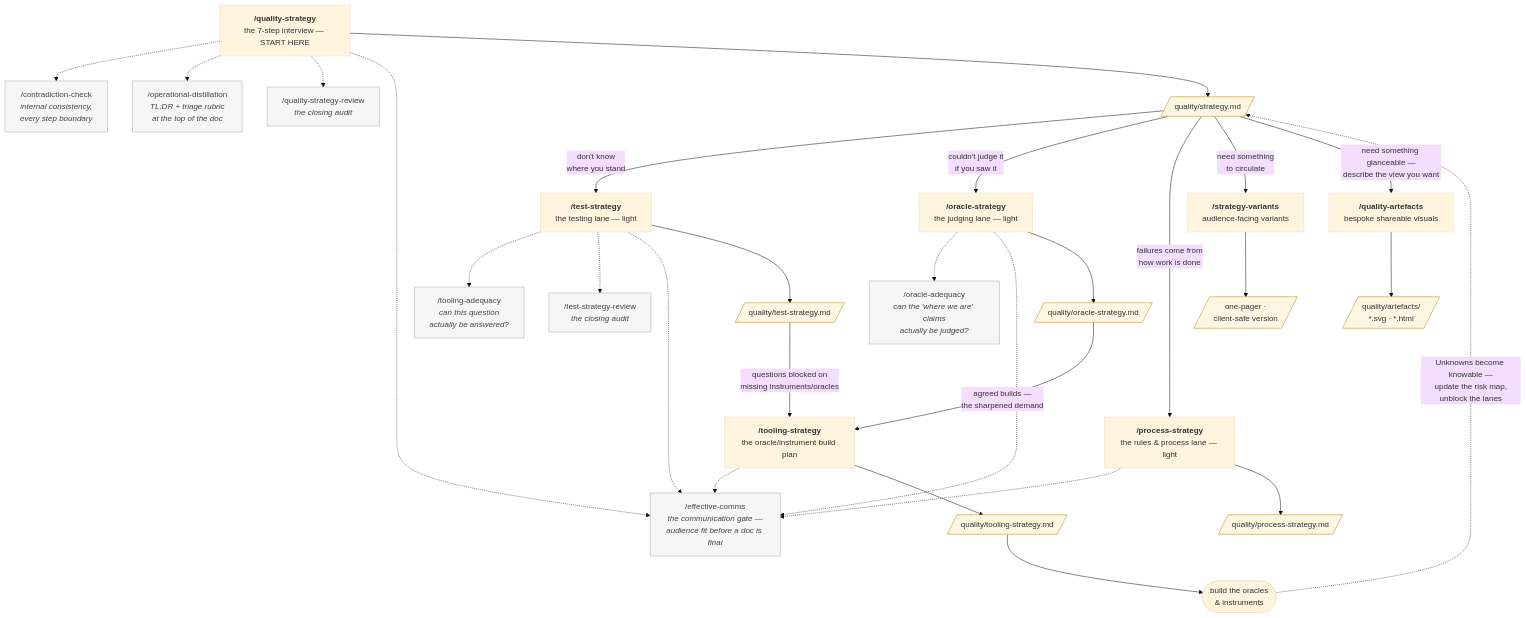
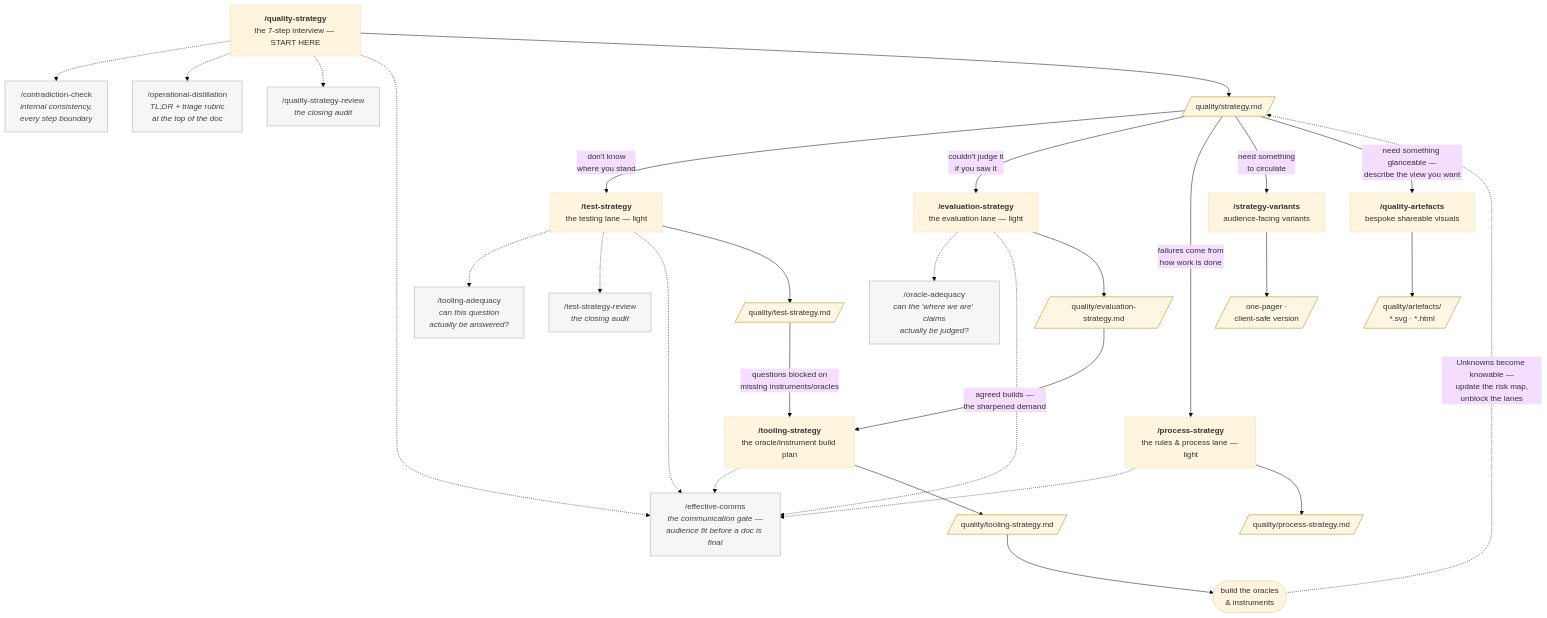
Before and after one commit to tollens-ai/quality-strategy-skills: the diagram in README.md, drawn with Mermaid (base theme). The commit also changed other lines of this file and 19 other files, not shown here.

First line of the commit message:
REQ-8: evaluation lane — oracles + proxies as quality instruments

````diff
--- a/README.md
+++ b/README.md
@@ -53,63 +53,63 @@
 ```mermaid
 flowchart TD
     QS["<b>/quality-strategy</b><br/>the 7-step interview — START HERE"]
     CC["/contradiction-check<br/><i>internal consistency,<br/>every step boundary</i>"]
     OD["/operational-distillation<br/><i>TL;DR + triage rubric<br/>at the top of the doc</i>"]
     QSR["/quality-strategy-review<br/><i>the closing audit</i>"]
     EC["/effective-comms<br/><i>the communication gate —<br/>audience fit before a doc is final</i>"]
     SDOC[/"quality/strategy.md"/]
     TS["<b>/test-strategy</b><br/>the testing lane — light"]
-    ORS["<b>/oracle-strategy</b><br/>the judging lane — light"]
+    ORS["<b>/evaluation-strategy</b><br/>the evaluation lane — light"]
     PS["<b>/process-strategy</b><br/>the rules & process lane — light"]
     TA["/tooling-adequacy<br/><i>can this question<br/>actually be answered?</i>"]
     OA["/oracle-adequacy<br/><i>can the 'where we are' claims<br/>actually be judged?</i>"]
     TSR["/test-strategy-review<br/><i>the closing audit</i>"]
     TDOC[/"quality/test-strategy.md"/]
-    ORDOC[/"quality/oracle-strategy.md"/]
+    ORDOC[/"quality/evaluation-strategy.md"/]
     PDOC[/"quality/process-strategy.md"/]
     TOOL["<b>/tooling-strategy</b><br/>the oracle/instrument build plan"]
     ODOC[/"quality/tooling-strategy.md"/]
     SV["<b>/strategy-variants</b><br/>audience-facing variants"]
     VDOC[/"one-pager ·<br/>client-safe version"/]
     QA["<b>/quality-artefacts</b><br/>bespoke shareable visuals"]
     ADOC[/"quality/artefacts/<br/>*.svg · *.html"/]
     BUILD(["build the oracles<br/>& instruments"])
 
     QS -.-> CC
     QS -.-> OD
     QS -.-> QSR
     QS -.-> EC
     QS --> SDOC
 
     SDOC -->|"don't know<br/>where you stand"| TS
     SDOC -->|"couldn't judge it<br/>if you saw it"| ORS
     SDOC -->|"failures come from<br/>how work is done"| PS
     SDOC -->|"need something<br/>to circulate"| SV
     SDOC -->|"need something glanceable —<br/>describe the view you want"| QA
 
     TS -.-> TA
     TS -.-> TSR
     TS -.-> EC
     TS --> TDOC
     ORS -.-> OA
     ORS -.-> EC
     ORS --> ORDOC
     PS -.-> EC
     PS --> PDOC
 
     TDOC -->|"questions blocked on<br/>missing instruments/oracles"| TOOL
     ORDOC -->|"agreed builds —<br/>the sharpened demand"| TOOL
 
     TOOL -.-> EC
     TOOL --> ODOC
     ODOC --> BUILD
     BUILD -.->|"Unknowns become knowable —<br/>update the risk map,<br/>unblock the lanes"| SDOC
 
     SV --> VDOC
     QA --> ADOC
 
     classDef sub fill:#f6f6f6,stroke:#aaaaaa,color:#444444
     class OA,CC,OD,QSR,TA,TSR,EC sub
     classDef doc fill:#fdf6e3,stroke:#b58900,color:#333333
     class SDOC,TDOC,ORDOC,PDOC,ODOC,VDOC,ADOC doc
 ```
````
